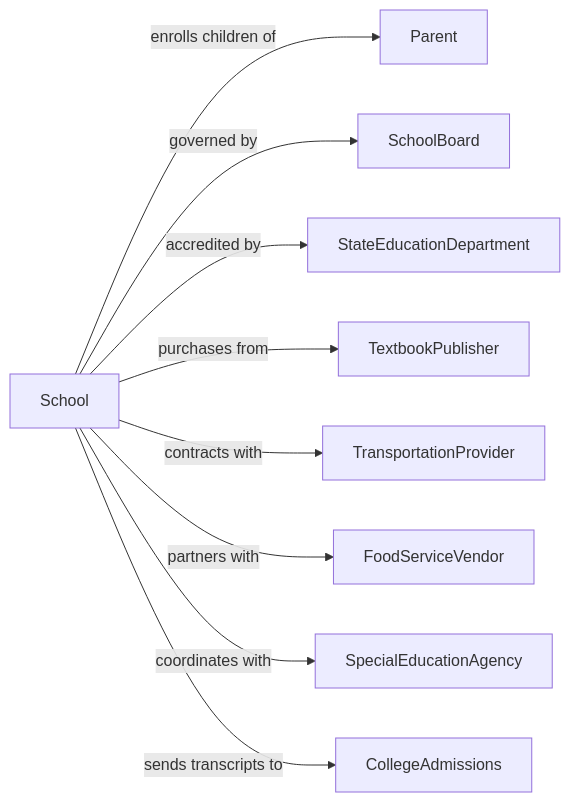
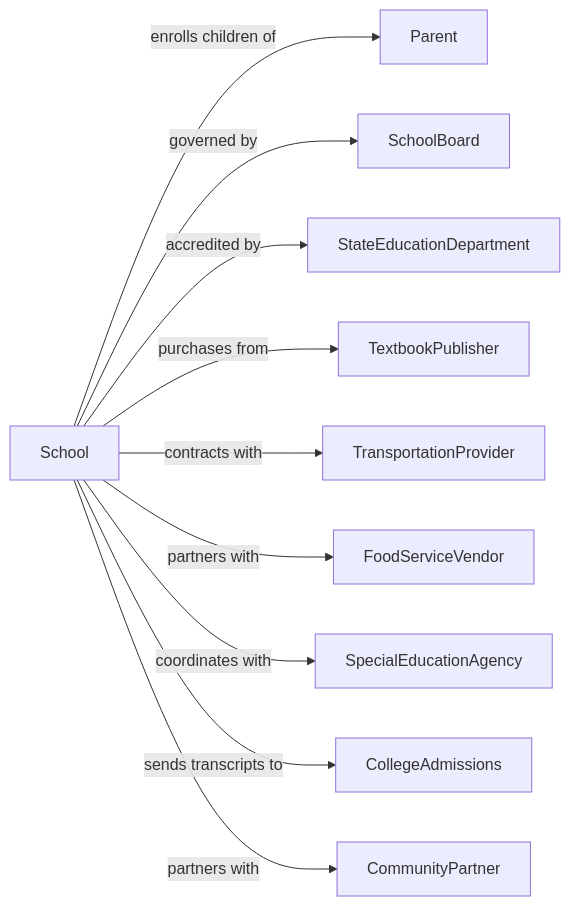
One commit to dot-org-ai/industries.org.ai changed the second of 2 diagrams in Education/Education/ElementaryAndSecondarySchools/ElementaryAndSecondarySchools.mdx. Above: the diagram before and after it, drawn with Mermaid. The commit also changed 588 other files, not shown here.

````diff
--- a/Education/Education/ElementaryAndSecondarySchools/ElementaryAndSecondarySchools.mdx
+++ b/Education/Education/ElementaryAndSecondarySchools/ElementaryAndSecondarySchools.mdx
@@ -142,13 +142,14 @@
 ```mermaid
 graph LR
     S[School]
 
     S -->|enrolls children of| Parent
     S -->|governed by| SchoolBoard
     S -->|accredited by| StateEducationDepartment
     S -->|purchases from| TextbookPublisher
     S -->|contracts with| TransportationProvider
     S -->|partners with| FoodServiceVendor
     S -->|coordinates with| SpecialEducationAgency
     S -->|sends transcripts to| CollegeAdmissions
+    S -->|partners with| CommunityPartner
 ```
````
